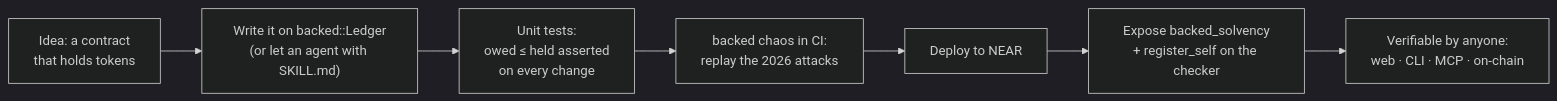
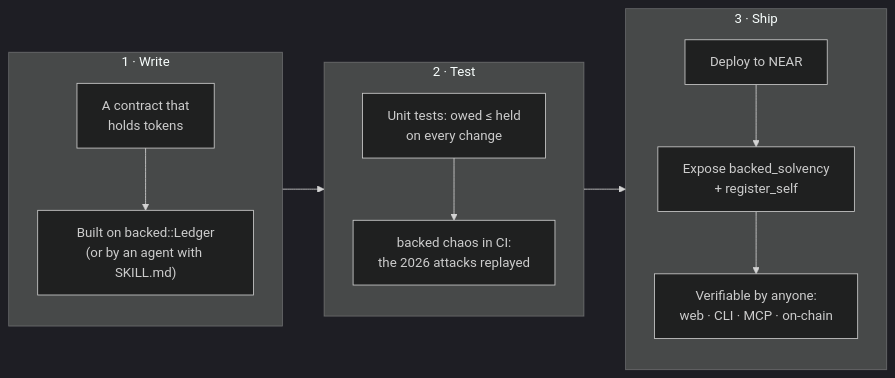
Before and after one commit to rohan911438/Backed: diagram 11 of 12 in README.md, drawn with Mermaid (dark theme). The commit also changed other lines of this file and 1 other file, not shown here.

First line of the commit message:
README: fix and simplify Mermaid diagrams

````diff
--- a/README.md
+++ b/README.md
@@ -644,9 +636,16 @@
 ```mermaid
 flowchart LR
-    I["Idea: a contract<br/>that holds tokens"] --> W["Write it on backed::Ledger<br/>(or let an agent with SKILL.md)"]
-    W --> U["Unit tests:<br/>owed ≤ held asserted<br/>on every change"]
-    U --> R["backed chaos in CI:<br/>replay the 2026 attacks"]
-    R --> DEP["Deploy to NEAR"]
-    DEP --> REG["Expose backed_solvency<br/>+ register_self on the checker"]
-    REG --> V["Verifiable by anyone:<br/>web · CLI · MCP · on-chain"]
+    subgraph S1["1 · Write"]
+        direction TB
+        I["A contract that<br/>holds tokens"] --> W["Built on backed::Ledger<br/>(or by an agent with SKILL.md)"]
+    end
+    subgraph S2["2 · Test"]
+        direction TB
+        U["Unit tests: owed ≤ held<br/>on every change"] --> R["backed chaos in CI:<br/>the 2026 attacks replayed"]
+    end
+    subgraph S3["3 · Ship"]
+        direction TB
+        DEP["Deploy to NEAR"] --> REG["Expose backed_solvency<br/>+ register_self"] --> V["Verifiable by anyone:<br/>web · CLI · MCP · on-chain"]
+    end
+    S1 --> S2 --> S3
 ```
````
